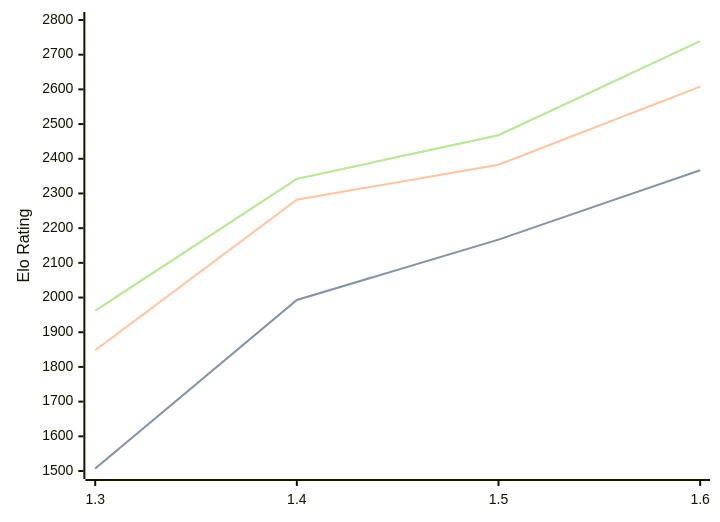
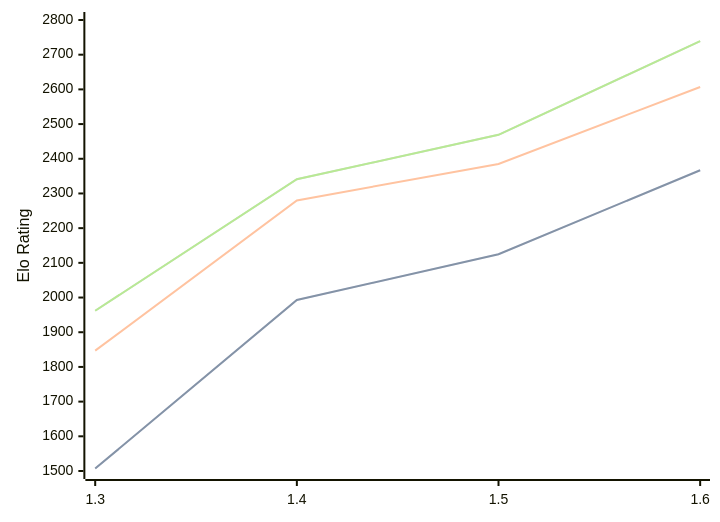
Before and after one commit to computer-chess-index/cci: the first of 3 diagrams in engines/Facon.md, drawn with Mermaid. The commit also changed other lines of this file, not shown here.

Commit message:
Update CCI Ratings (ELO VLTC) - 2026-06-27

````diff
--- a/engines/Facon.md
+++ b/engines/Facon.md
@@ -37,11 +37,11 @@
 ```mermaid
 %%{init: {"theme":"base","themeVariables":{"seriesColors:['#a3a3a3','#222221','#faa371']}}}%%
 xychart-beta
   x-axis ["1.3", "1.4", "1.5", "1.6"]
   y-axis "Elo Rating" 1500 --> 2800
-  line "STC (8.0+0.08s)" [1507, 1993, 2167, 2367]
-  line "STC (8.0+0.08s)" [1507, 1993, 2167, 2367]
-  line "LTC (60.0+0.60s)" [1848, 2282, 2383, 2608]
-  line "VLTC (2m24s+1.12s)" [1962, 2342, 2468, 2739]
-  line "VLTC (2m24s+1.12s)" [1962, 2342, 2468, 2739]
+  line "STC (8.0+0.08s)" [1507, 1993, 2125, 2367]
+  line "STC (8.0+0.08s)" [1507, 1993, 2125, 2367]
+  line "LTC (60.0+0.60s)" [1847, 2280, 2385, 2607]
+  line "VLTC (2m24s+1.12s)" [1962, 2341, 2469, 2739]
+  line "VLTC (2m24s+1.12s)" [1962, 2341, 2469, 2739]
 ```
````
